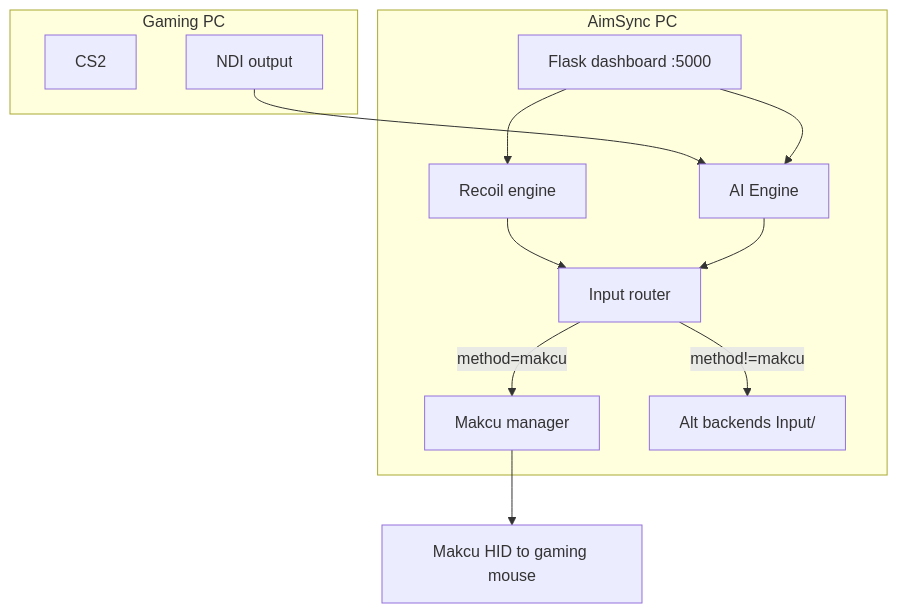
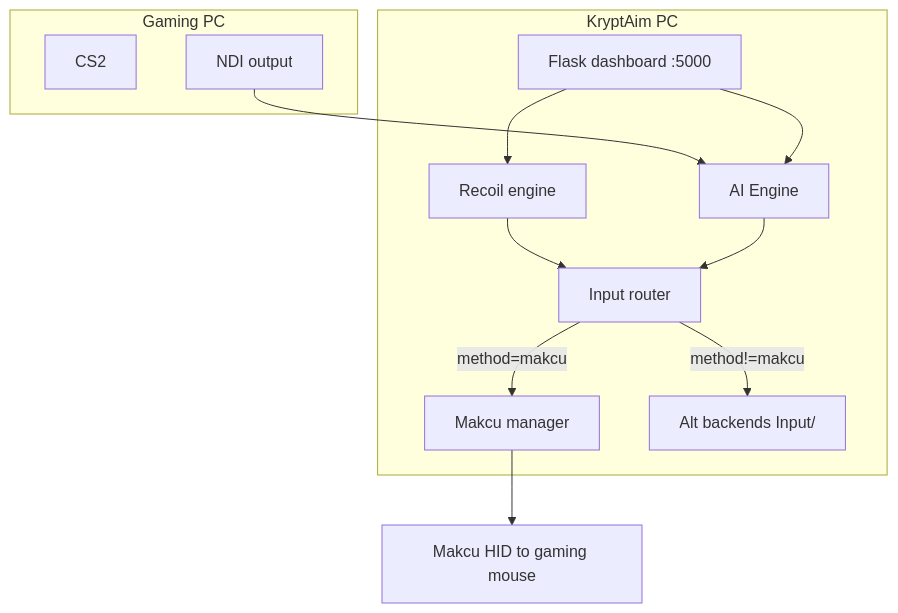
One commit to Kava4/KryptAim changed the diagram in wiki/Roadmap.md. Above: the diagram before and after it, drawn with Mermaid. The commit also changed other lines of this file and 79 other files, not shown here.

First line of the commit message:
Rebrand to KryptAim across app, UI, build, and docs.

````diff
--- a/wiki/Roadmap.md
+++ b/wiki/Roadmap.md
@@ -192,23 +192,23 @@
 ```mermaid
 flowchart TB
-  subgraph aimSyncPC [AimSync PC]
+  subgraph aimSyncPC [KryptAim PC]
     UI[Flask dashboard :5000]
     Recoil[Recoil engine]
     AI[AI Engine]
     Router[Input router]
     Makcu[Makcu manager]
     Alt[Alt backends Input/]
   end
   subgraph gamingPC [Gaming PC]
     Game[CS2]
     NDI[NDI output]
   end
   NDI --> AI
   UI --> Recoil
   UI --> AI
   Recoil --> Router
   AI --> Router
   Router -->|method=makcu| Makcu
   Router -->|method!=makcu| Alt
   Makcu --> HID[Makcu HID to gaming mouse]
 ```
````
